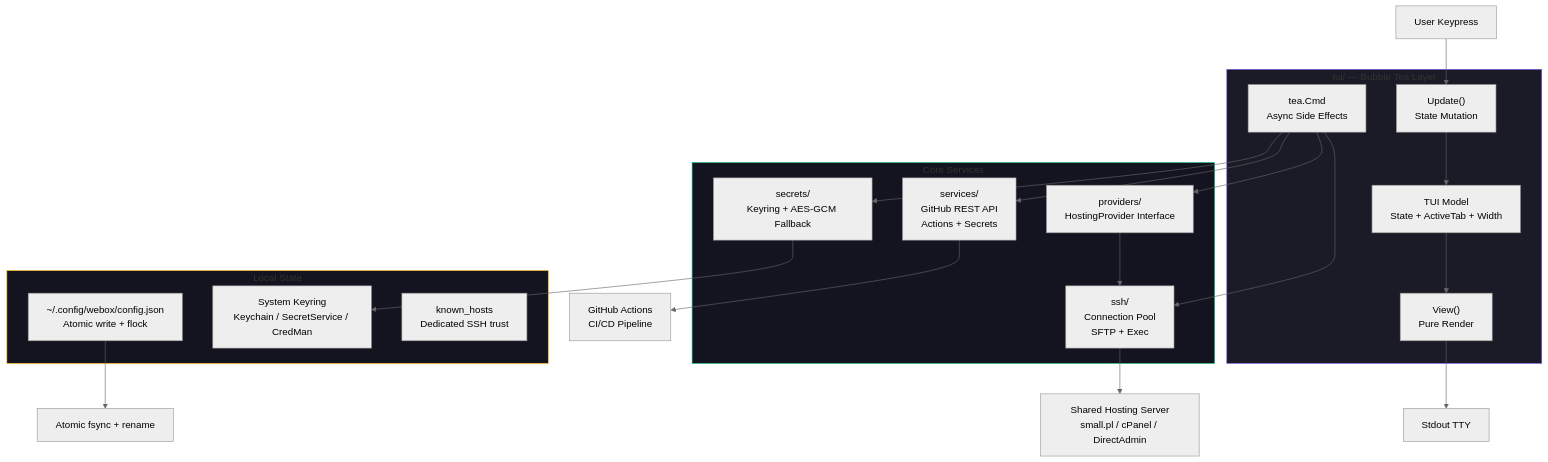
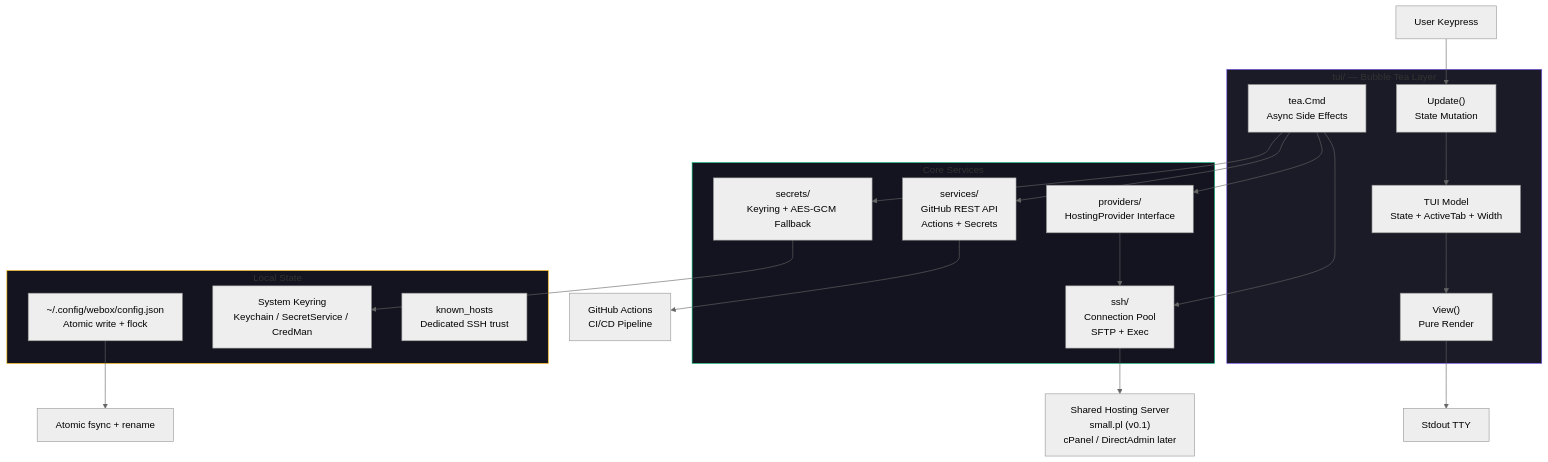
Before and after one commit to dilitS/webox: the first of 6 diagrams in README.md, drawn with Mermaid (neutral theme). The commit also changed other lines of this file and 33 other files, not shown here.

````diff
--- a/README.md
+++ b/README.md
@@ -47,43 +59,43 @@
 ```mermaid
 flowchart TB
     subgraph TUI["tui/ — Bubble Tea Layer"]
         Model["TUI Model<br/>State + ActiveTab + Width"]
         View["View()<br/>Pure Render"]
         Update["Update()<br/>State Mutation"]
         Cmd["tea.Cmd<br/>Async Side Effects"]
     end
 
     subgraph Core["Core Services"]
         Providers["providers/<br/>HostingProvider Interface"]
         SSH["ssh/<br/>Connection Pool<br/>SFTP + Exec"]
         GitHub["services/<br/>GitHub REST API<br/>Actions + Secrets"]
         Secrets["secrets/<br/>Keyring + AES-GCM Fallback"]
     end
 
     subgraph Storage["Local State"]
         Config["~/.config/webox/config.json<br/>Atomic write + flock"]
         Keyring["System Keyring<br/>Keychain / SecretService / CredMan"]
         Known["known_hosts<br/>Dedicated SSH trust"]
     end
 
     User["User Keypress"] --> Update
     Update --> Model
     Model --> View
     View --> Terminal["Stdout TTY"]
 
     Cmd --> Providers
     Cmd --> SSH
     Cmd --> GitHub
     Cmd --> Secrets
 
     Providers --> SSH
-    SSH --> Host["Shared Hosting Server<br/>small.pl / cPanel / DirectAdmin"]
+    SSH --> Host["Shared Hosting Server<br/>small.pl (v0.1)<br/>cPanel / DirectAdmin later"]
     GitHub --> GHA["GitHub Actions<br/>CI/CD Pipeline"]
 
     Secrets --> Keyring
     Config --> Disk["Atomic fsync + rename"]
 
     style TUI fill:#1a1b26,stroke:#7d56f4
     style Core fill:#13141f,stroke:#04b575
     style Storage fill:#13141f,stroke:#ffb800
 ```
````
